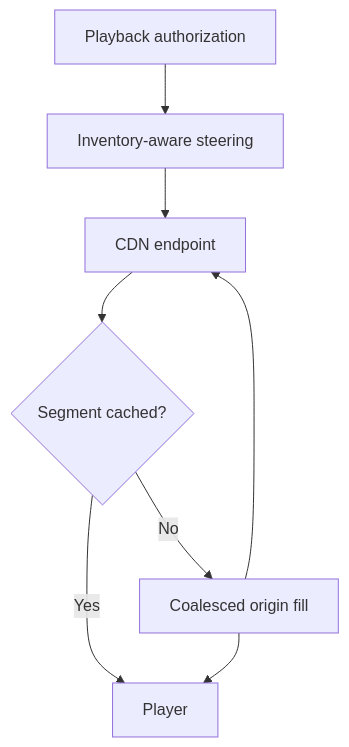
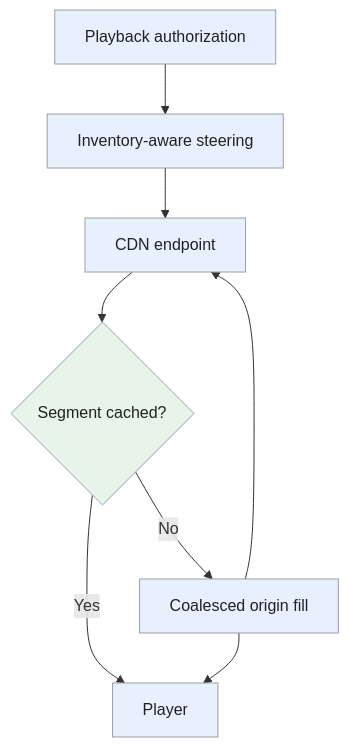
The third of 3 diagrams in _designs/system-design-netflix.md (iliazlobin/iliazlobin.github.io), drawn with Mermaid before and after one commit. The commit also changed other lines of this file and 20 other files, not shown here.

Commit message:
Improve design flows, tradeoffs, and technology references

````diff
--- a/_designs/system-design-netflix.md
+++ b/_designs/system-design-netflix.md
@@ -188,10 +226,15 @@
 ```mermaid
 flowchart TB
   P["Playback authorization"] --> S["Inventory-aware steering"]
   S --> C["CDN endpoint"]
   C --> H{"Segment cached?"}
   H -->|"Yes"| U["Player"]
   H -->|"No"| F["Coalesced origin fill"]
   F --> U
   F --> C
+  classDef request fill:#e8f0fe,stroke:#9aa0a6,color:#202124,stroke-width:1px
+  classDef background fill:#e6f4ea,stroke:#9aa0a6,color:#202124,stroke-width:1px
+  classDef control fill:#fef7e0,stroke:#9aa0a6,color:#202124,stroke-width:1px
+  class P,S,C,U,F request
+  class H background
 ```
````
